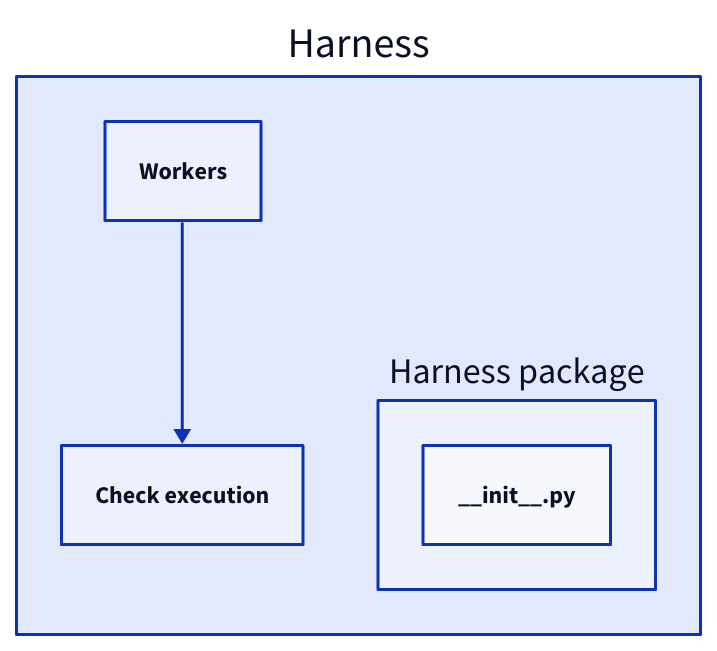
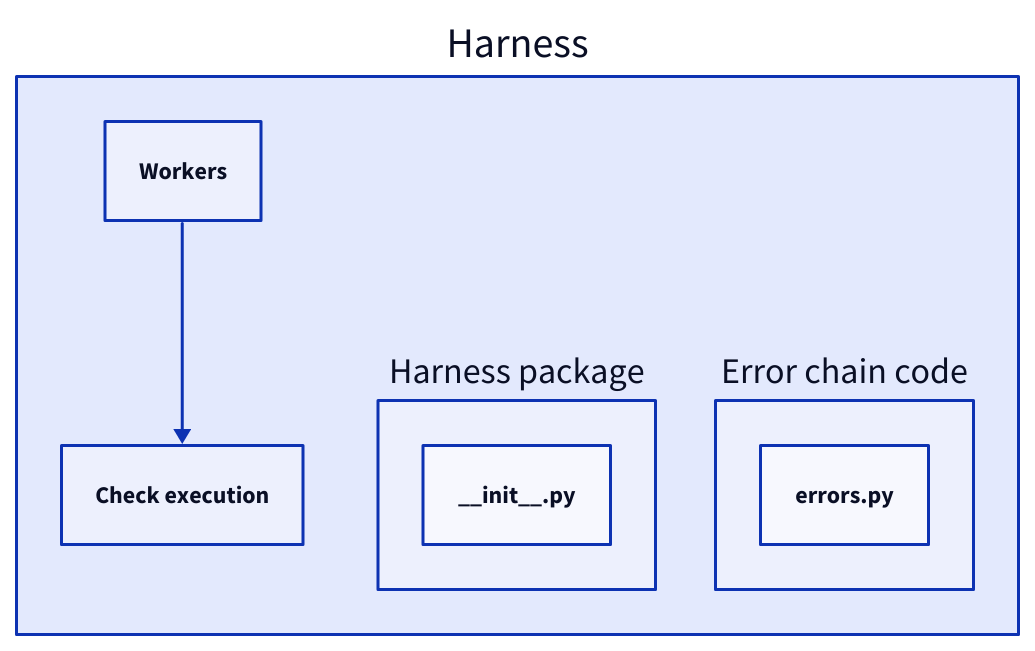
The diagram in specs/concorde/harness/module.md (FTOD/concorde), drawn with D2 before and after one commit. The commit also changed other lines of this file and 15 other files, not shown here.

First line of the commit message:
Keep Module entries lean: architecture diagrams and inline design

````diff
--- a/specs/concorde/harness/module.md
+++ b/specs/concorde/harness/module.md
@@ -90,10 +101,13 @@
 ```d2
 harness: Harness {
   workers: Workers
   checks: Check execution
   package: Harness package {
     "__init__.py"
   }
+  errors: Error chain code {
+    "errors.py"
+  }
   workers -> checks
 }
 ```
````
